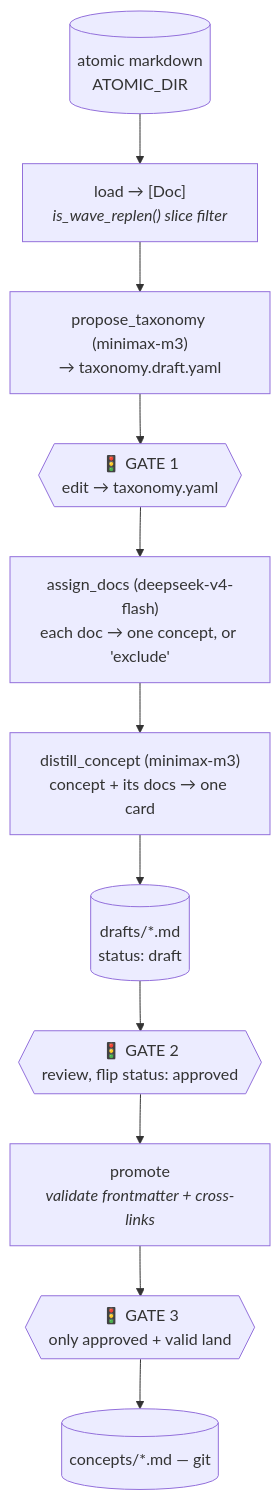
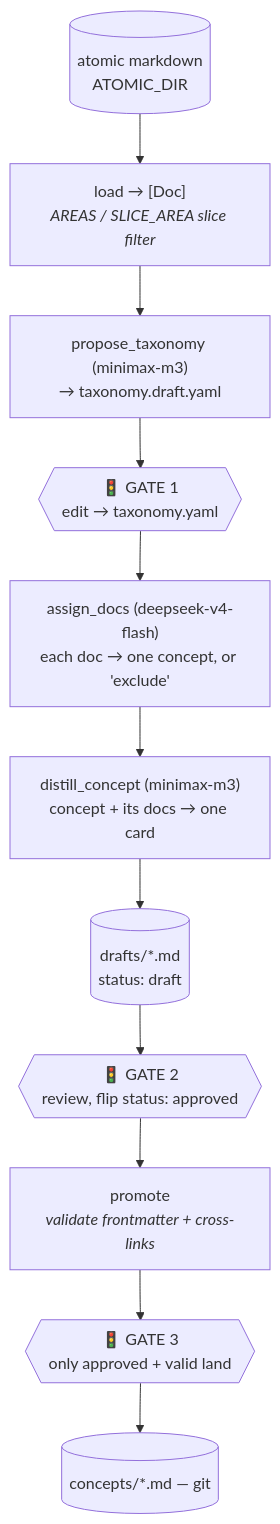
Before and after one commit to voyagerforge-dev/hive-intelligence: the third of 9 diagrams in knowledge/okf/docs/OKF-Pipeline.md, drawn with Mermaid. The commit also changed other lines of this file, not shown here.

````diff
--- a/knowledge/okf/docs/OKF-Pipeline.md
+++ b/knowledge/okf/docs/OKF-Pipeline.md
@@ -236,13 +239,13 @@
 ```mermaid
 flowchart TD
-    atomic[("atomic markdown<br/>ATOMIC_DIR")] --> load["load → [Doc]<br/><i>is_wave_replen() slice filter</i>"]
+    atomic[("atomic markdown<br/>ATOMIC_DIR")] --> load["load → [Doc]<br/><i>AREAS / SLICE_AREA slice filter</i>"]
     load --> tax["propose_taxonomy (minimax-m3)<br/>→ taxonomy.draft.yaml"]
     tax --> g1{{"🚦 GATE 1<br/>edit → taxonomy.yaml"}}
     g1 --> assign["assign_docs (deepseek-v4-flash)<br/>each doc → one concept, or 'exclude'"]
     assign --> distill["distill_concept (minimax-m3)<br/>concept + its docs → one card"]
     distill --> drafts[("drafts/*.md<br/>status: draft")]
     drafts --> g2{{"🚦 GATE 2<br/>review, flip status: approved"}}
     g2 --> promote["promote<br/><i>validate frontmatter + cross-links</i>"]
     promote --> g3{{"🚦 GATE 3<br/>only approved + valid land"}}
     g3 --> cards[("concepts/*.md — git")]
 ```
````
